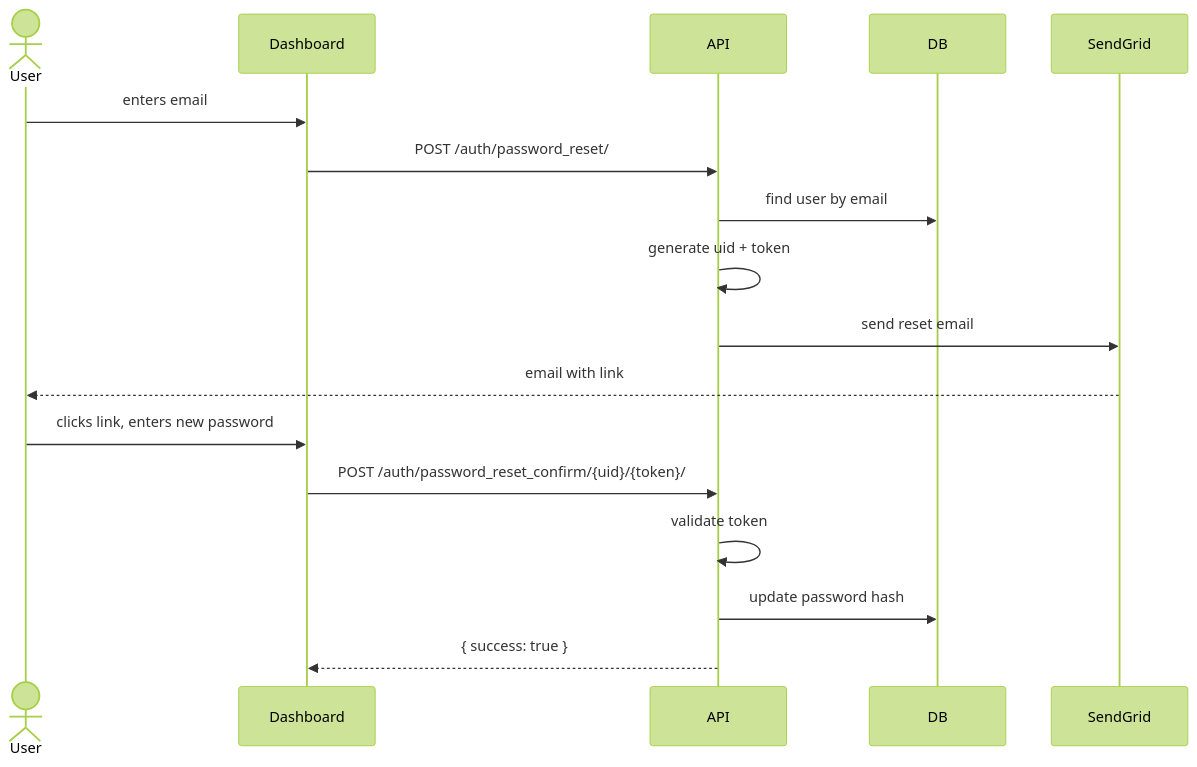
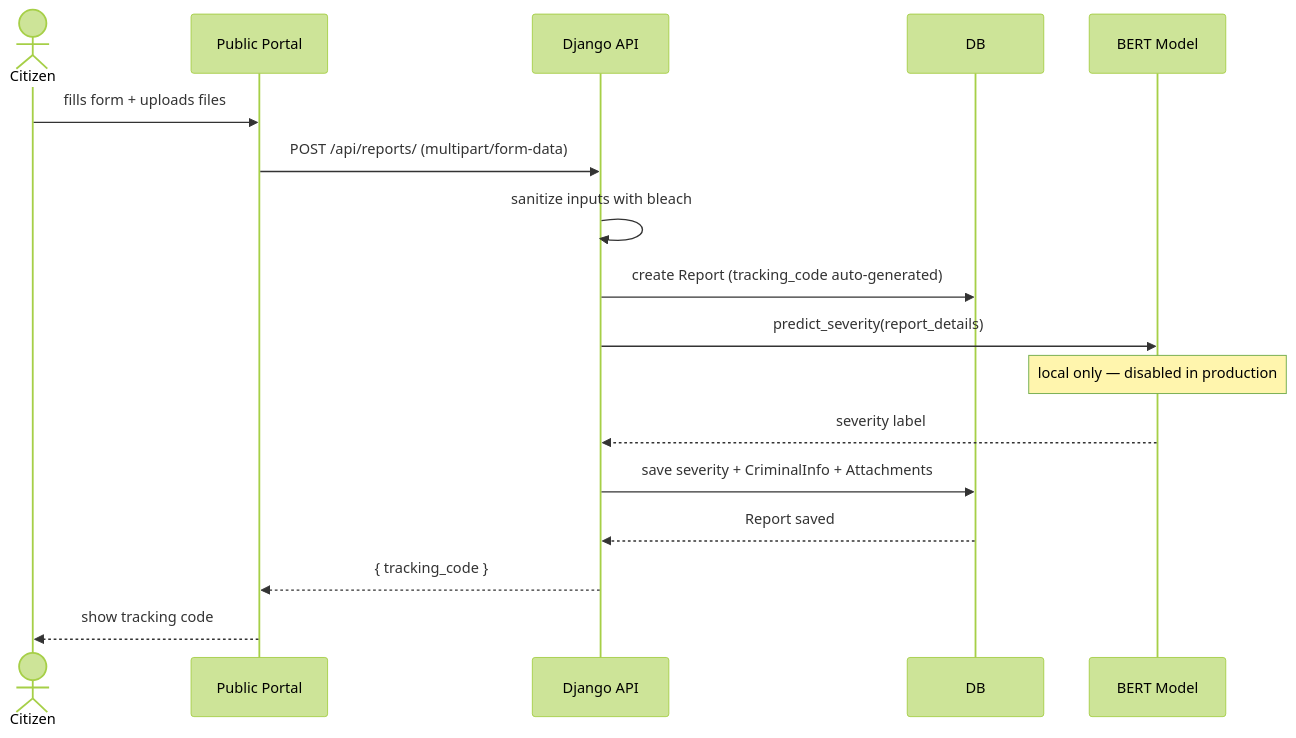
One commit to salmakhalill/Python-Sec-Sandbox changed the first of 2 diagrams in test.md. Above: the diagram before and after it, drawn with Mermaid (forest theme). The commit also changed other lines of this file, not shown here.

````diff
--- a/test.md
+++ b/test.md
@@ -47,21 +9,20 @@
 ```mermaid
 sequenceDiagram
-    actor User
-    participant Dashboard
-    participant API
+    actor Citizen
+    participant Portal as Public Portal
+    participant API as Django API
     participant DB
-    participant SG as SendGrid
+    participant AI as BERT Model
 
-    User->>Dashboard: enters email
-    Dashboard->>API: POST /auth/password_reset/
-    API->>DB: find user by email
-    API->>API: generate uid + token
-    API->>SG: send reset email
-    SG-->>User: email with link
-
-    User->>Dashboard: clicks link, enters new password
-    Dashboard->>API: POST /auth/password_reset_confirm/{uid}/{token}/
-    API->>API: validate token
-    API->>DB: update password hash
-    API-->>Dashboard: { success: true }
+    Citizen->>Portal: fills form + uploads files
+    Portal->>API: POST /api/reports/ (multipart/form-data)
+    API->>API: sanitize inputs with bleach
+    API->>DB: create Report (tracking_code auto-generated)
+    API->>AI: predict_severity(report_details)
+    Note over AI: local only — disabled in production
+    AI-->>API: severity label
+    API->>DB: save severity + CriminalInfo + Attachments
+    DB-->>API: Report saved
+    API-->>Portal: { tracking_code }
+    Portal-->>Citizen: show tracking code
 ```
````
